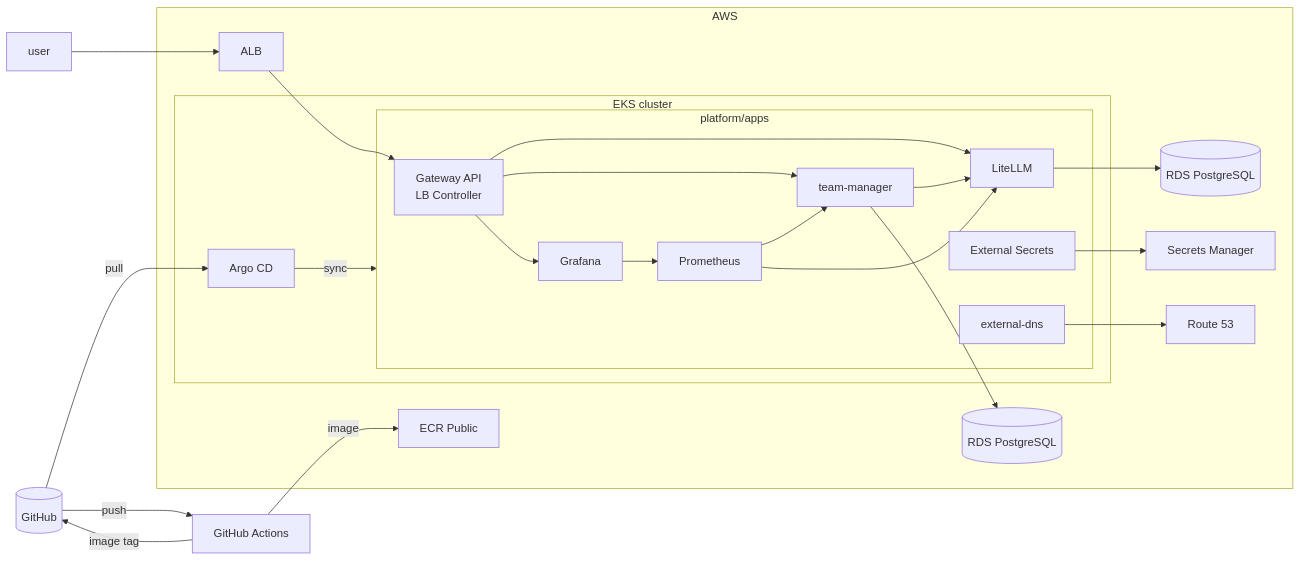
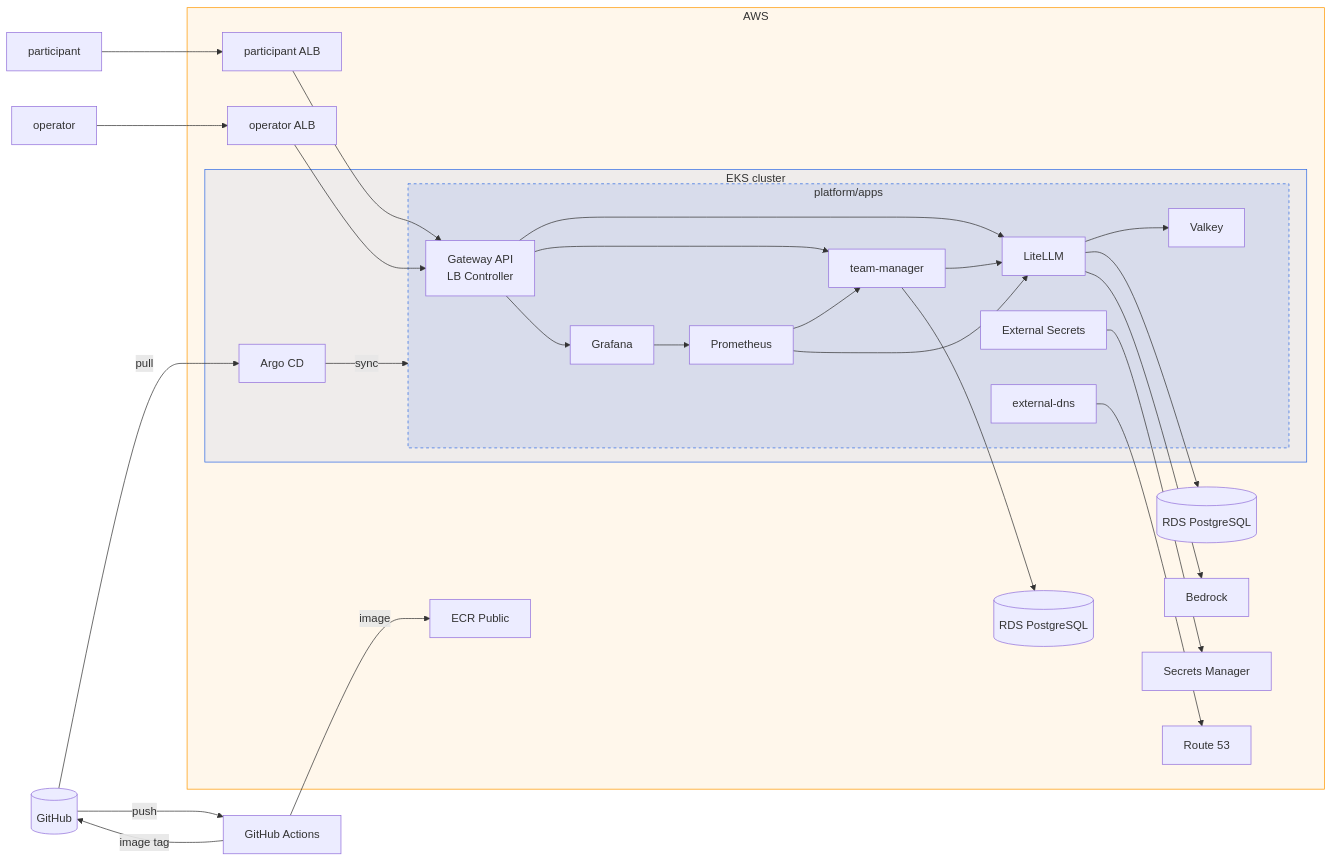
The diagram in README.md (pluvivanto/canteen), drawn with Mermaid before and after one commit. The commit also changed other lines of this file, not shown here.

````diff
--- a/README.md
+++ b/README.md
@@ -8,31 +17,39 @@
 ```mermaid
 flowchart LR
-    user --> alb[ALB]
+    participant --> pub[participant ALB]
+    operator --> adm[operator ALB]
     git[(GitHub)] -->|pull| argocd
     git -->|push| ci[GitHub Actions]
     ci -->|image| ecr
     ci -->|image tag| git
 
     subgraph aws [AWS]
-        alb --> gw
+        pub --> gw
+        adm --> gw
         subgraph cluster [EKS cluster]
             argocd[Argo CD] -->|sync| apps
             subgraph apps [platform/apps]
                 gw[Gateway API<br>LB Controller] --> litellm[LiteLLM]
                 gw --> tm[team-manager]
                 gw --> grafana[Grafana]
                 tm --> litellm
+                litellm --> valkey[Valkey]
                 prom[Prometheus] --> litellm
                 prom --> tm
                 grafana --> prom
                 eso[External Secrets]
                 dns[external-dns]
             end
         end
         litellm --> rds[(RDS PostgreSQL)]
+        litellm --> bedrock[Bedrock]
         tm --> rds2[(RDS PostgreSQL)]
         eso --> sm[Secrets Manager]
         dns --> r53[Route 53]
         ecr[ECR Public]
     end
+
+    style aws fill:#ff990014,stroke:#ff9900
+    style cluster fill:#326ce514,stroke:#326ce5
+    style apps fill:#326ce51f,stroke:#326ce5,stroke-dasharray:4
 ```
````
